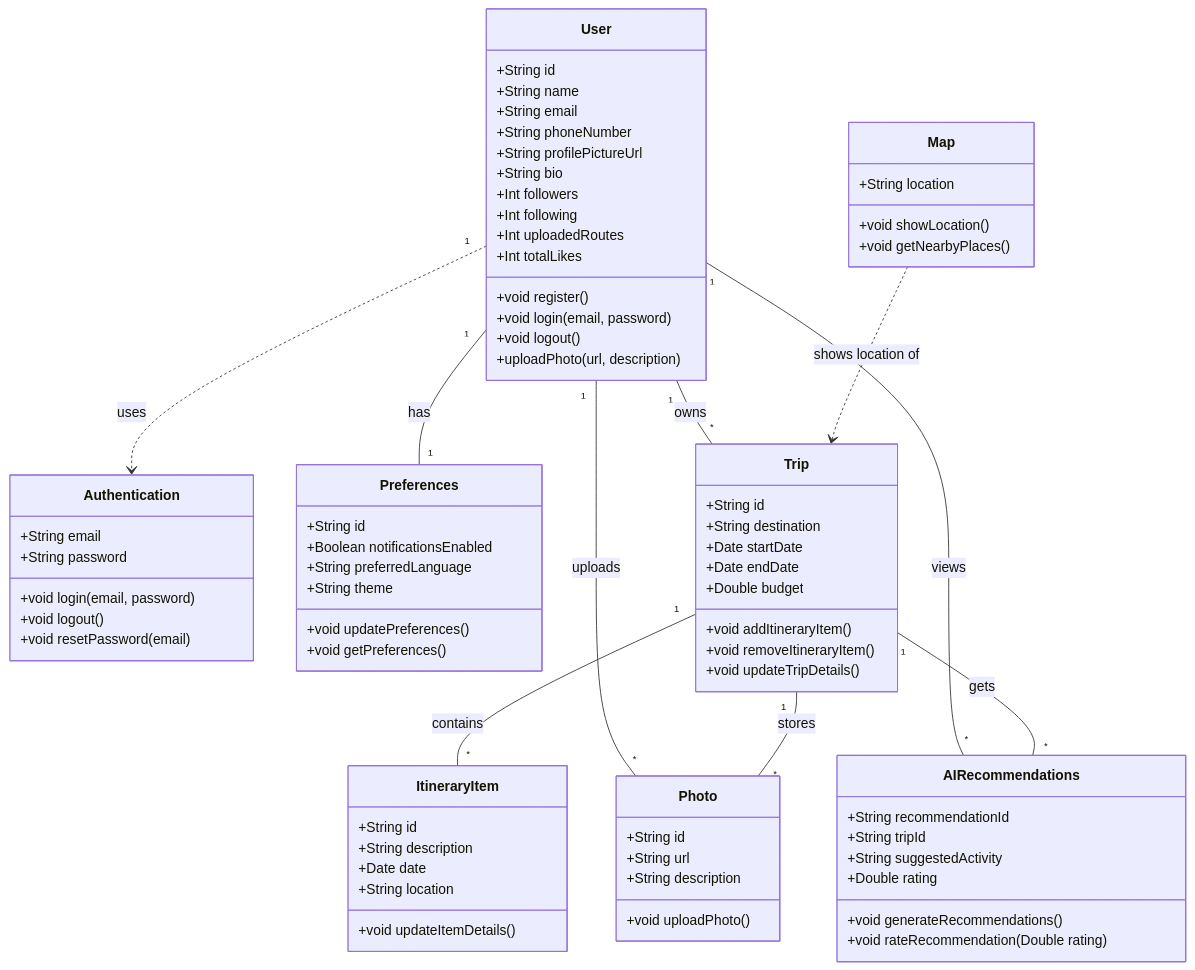
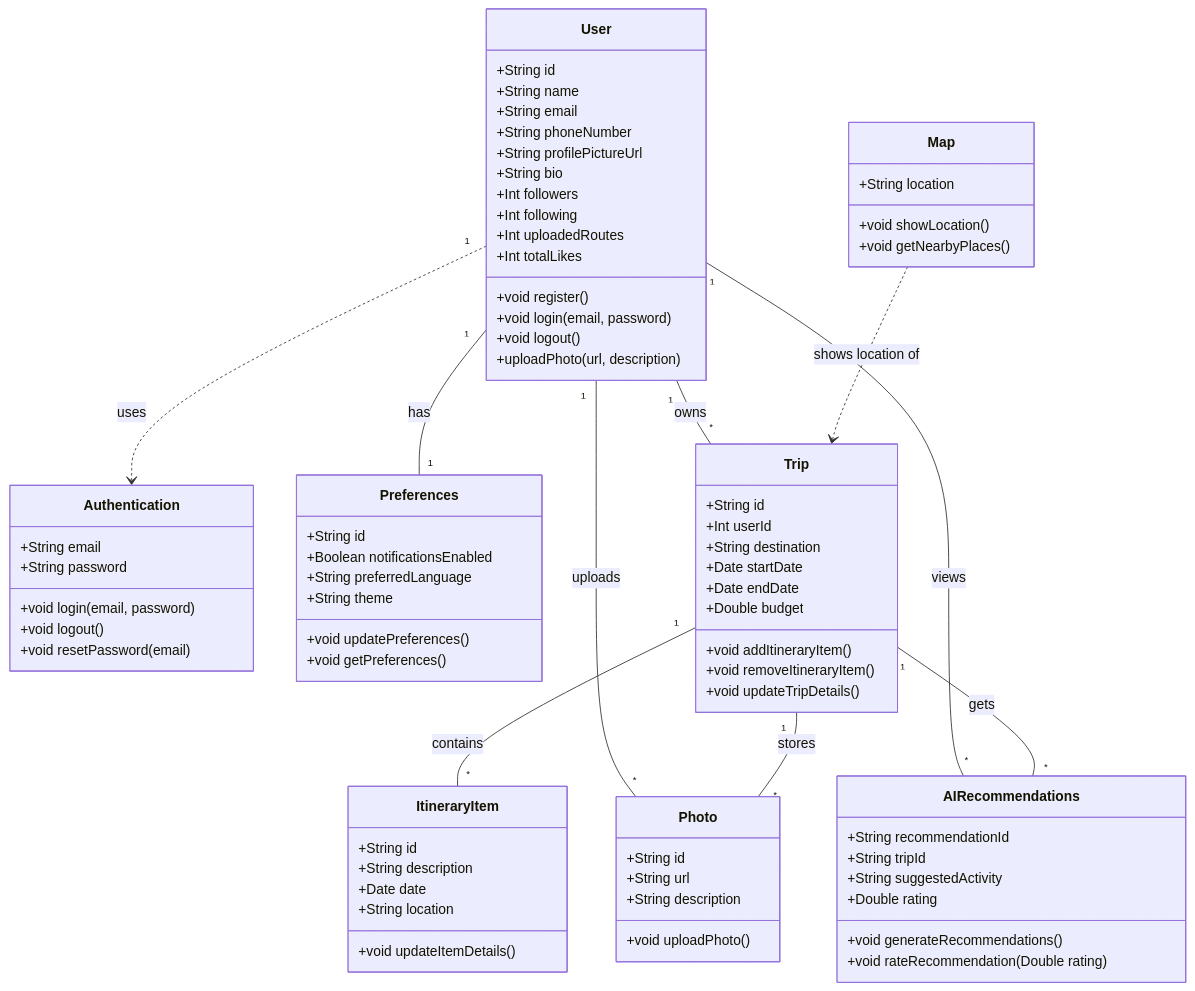
One commit to huugoox/roamly-hugo changed the diagram in docs/desing.md. Above: the diagram before and after it, drawn with Mermaid.

```diff
--- a/docs/desing.md
+++ b/docs/desing.md
@@ -44,7 +44,8 @@
     
   
     class Trip {  
-        +String id  
+        +String id
+        +Int userId  
         +String destination  
         +Date startDate  
         +Date endDate  
```
